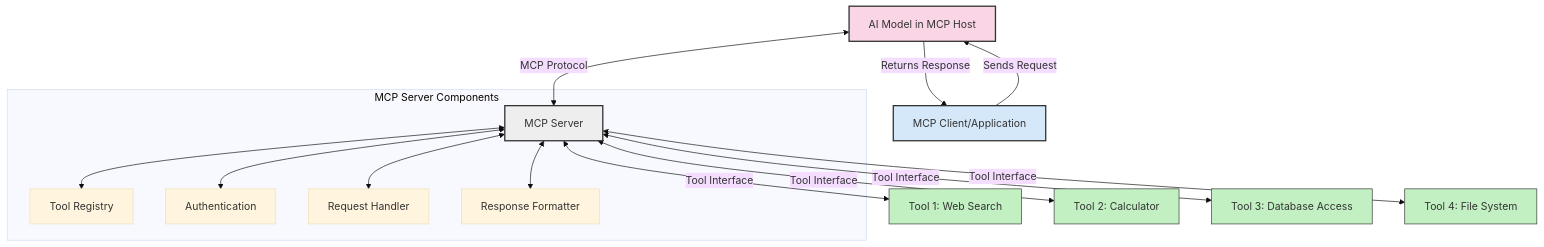
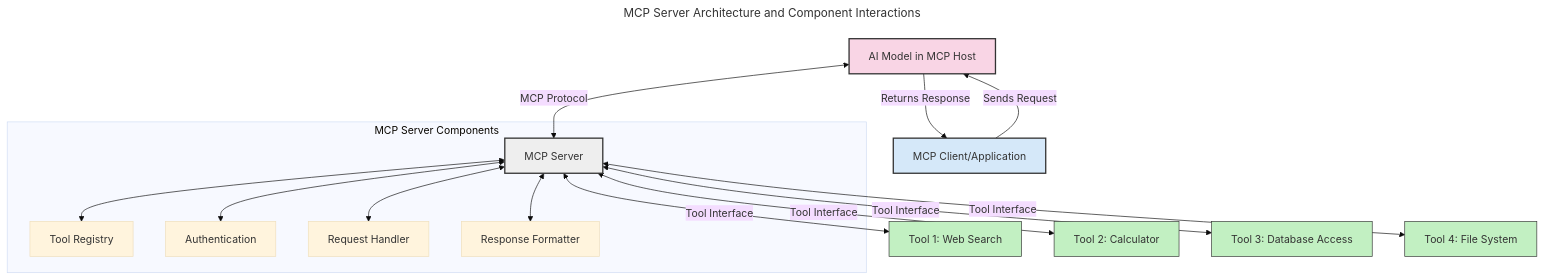
The first of 3 diagrams in 00-Introduction/README.md (tlcraft/mcp-for-beginners), drawn with Mermaid (base theme) before and after one commit. The commit also changed other lines of this file, not shown here.

Commit message:
Update mermaid to be more accessiable issue 70

````diff
--- a/00-Introduction/README.md
+++ b/00-Introduction/README.md
@@ -97,32 +97,36 @@
 ```mermaid
+---
+title: MCP Server Architecture and Component Interactions
+description: A diagram showing how AI models interact with MCP servers and various tools, depicting the request flow and server components including Tool Registry, Authentication, Request Handler, and Response Formatter
+---
 graph TD
     A[AI Model in MCP Host] <-->|MCP Protocol| B[MCP Server]
     B <-->|Tool Interface| C[Tool 1: Web Search]
     B <-->|Tool Interface| D[Tool 2: Calculator]
     B <-->|Tool Interface| E[Tool 3: Database Access]
     B <-->|Tool Interface| F[Tool 4: File System]
     
     Client[MCP Client/Application] -->|Sends Request| A
     A -->|Returns Response| Client
     
     subgraph "MCP Server Components"
         B
         G[Tool Registry]
         H[Authentication]
         I[Request Handler]
         J[Response Formatter]
     end
     
     B <--> G
     B <--> H
     B <--> I
     B <--> J
     
     style A fill:#f9d5e5,stroke:#333,stroke-width:2px
     style B fill:#eeeeee,stroke:#333,stroke-width:2px
     style Client fill:#d5e8f9,stroke:#333,stroke-width:2px
     style C fill:#c2f0c2,stroke:#333,stroke-width:1px
     style D fill:#c2f0c2,stroke:#333,stroke-width:1px
     style E fill:#c2f0c2,stroke:#333,stroke-width:1px
     style F fill:#c2f0c2,stroke:#333,stroke-width:1px    
 ```
````
